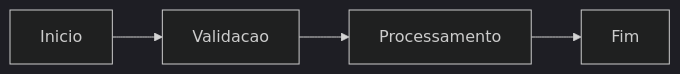
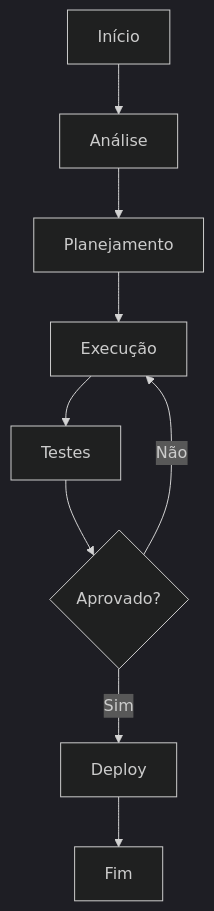
Before and after one commit to aleemerich/corp-kb-ai-benchmark: the diagram in 02-engenharia/deploys/deploy-v1.6.0---analytics-0372.md, drawn with Mermaid (dark theme). The commit also changed other lines of this file and 10222 other files, not shown here.

````diff
--- a/02-engenharia/deploys/deploy-v1.6.0---analytics-0372.md
+++ b/02-engenharia/deploys/deploy-v1.6.0---analytics-0372.md
@@ -22,6 +15,11 @@
 ```mermaid
-flowchart LR
-    A[Inicio] --> B[Validacao]
-    B --> C[Processamento]
-    C --> D[Fim]
+flowchart TD
+    A[Início] --> B[Análise]
+    B --> C[Planejamento]
+    C --> D[Execução]
+    D --> E[Testes]
+    E --> F{Aprovado?}
+    F -->|Sim| G[Deploy]
+    F -->|Não| D
+    G --> H[Fim]
 ```
````
